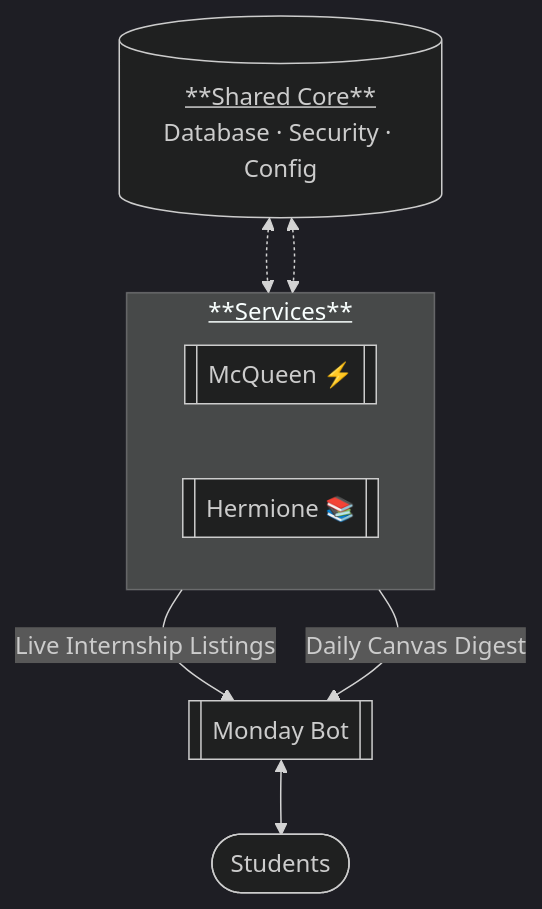
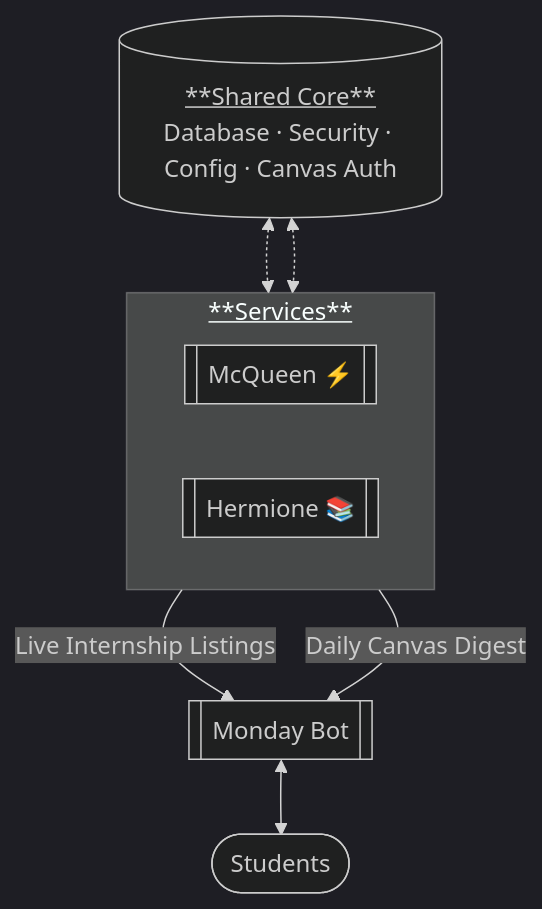
The diagram in README.md (hrishikeshsathyian/monday), drawn with Mermaid (dark theme) before and after one commit. The commit also changed 11 other files, not shown here.

First line of the commit message:
[shared-core][hermione] move Canvas auth into shared core

````diff
--- a/README.md
+++ b/README.md
@@ -19,19 +19,19 @@
 ```mermaid
 flowchart TB
-    core[("<u>**Shared Core**</u><br/>Database · Security · Config")]
+    core[("<u>**Shared Core**</u><br/>Database · Security · Config · Canvas Auth")]
 
     subgraph services["<u>**Services**</u>"]
         direction LR
         mcqueen[["McQueen ⚡"]]
         hermione[["Hermione 📚"]]
     end
 
     bot[["Monday Bot"]]
     users(["Students"])
 
     core <-.-> mcqueen
     core <-.-> hermione
     mcqueen -- Live Internship Listings--> bot
     hermione -- Daily Canvas Digest --> bot
     bot <--> users
 ```
````
